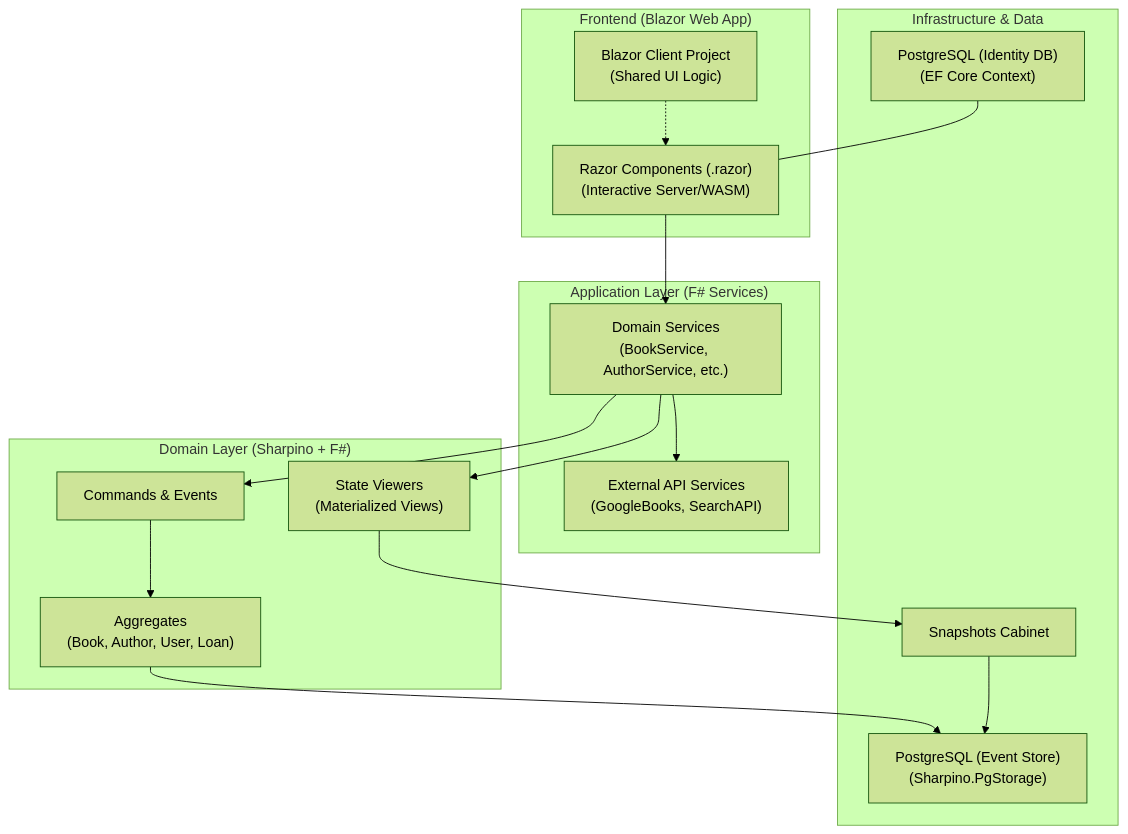
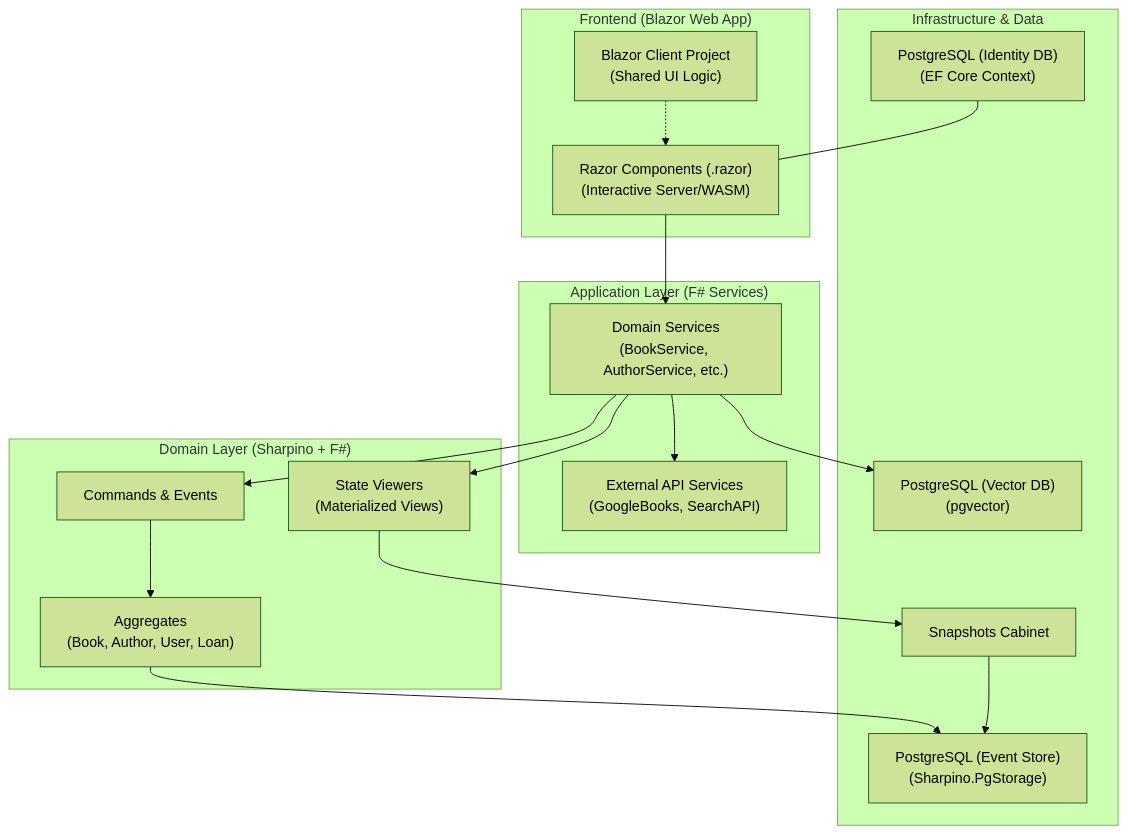
One commit to tonyx/blazorBookLibrary changed the diagram in Docs/Architecture.md. Above: the diagram before and after it, drawn with Mermaid (forest theme). The commit also changed other lines of this file and 35 other files, not shown here.

````diff
--- a/Docs/Architecture.md
+++ b/Docs/Architecture.md
@@ -7,36 +7,38 @@
 ```mermaid
 graph TB
     subgraph "Frontend (Blazor Web App)"
         UI["Razor Components (.razor)<br/>(Interactive Server/WASM)"]
         CLIENT["Blazor Client Project<br/>(Shared UI Logic)"]
     end
 
     subgraph "Application Layer (F# Services)"
         SVC["Domain Services<br/>(BookService, AuthorService, etc.)"]
         EXT["External API Services<br/>(GoogleBooks, SearchAPI)"]
     end
 
     subgraph "Domain Layer (Sharpino + F#)"
         CMD["Commands & Events"]
         AGG["Aggregates<br/>(Book, Author, User, Loan)"]
         VIEWER["State Viewers<br/>(Materialized Views)"]
     end
 
     subgraph "Infrastructure & Data"
         PGC["PostgreSQL (Identity DB)<br/>(EF Core Context)"]
         PGE["PostgreSQL (Event Store)<br/>(Sharpino.PgStorage)"]
+        PGV["PostgreSQL (Vector DB)<br/>(pgvector)"]
         SNAP["Snapshots Cabinet"]
     end
 
     %% Relationships
     UI --> SVC
     CLIENT -.-> UI
     SVC --> CMD
     SVC --> VIEWER
     SVC --> EXT
     CMD --> AGG
     AGG --> PGE
     VIEWER --> SNAP
     SNAP --> PGE
     PGC --- UI
+    SVC --> PGV
 ```
````
